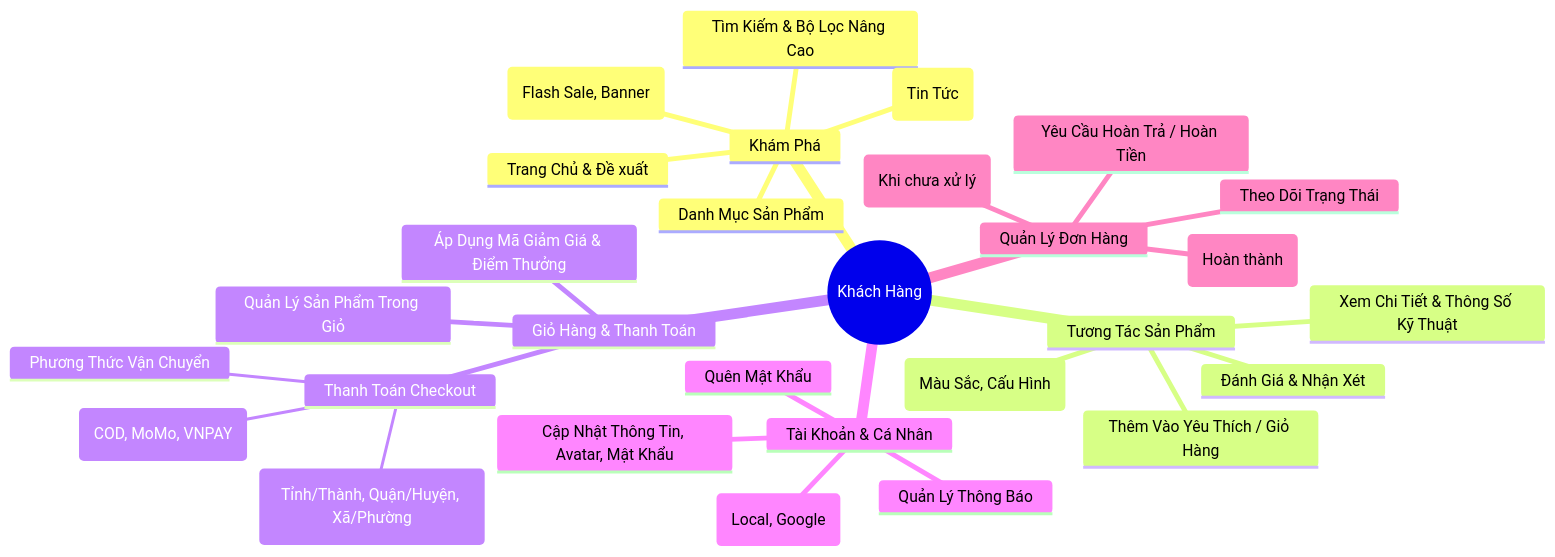
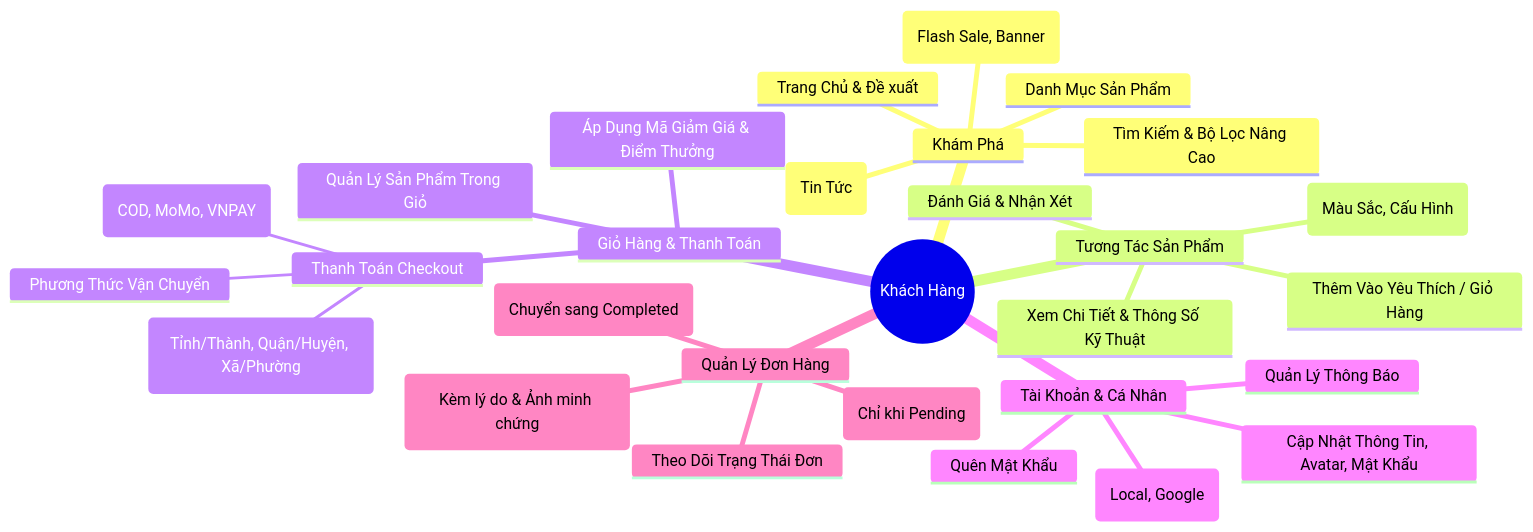
Before and after one commit to hoang07042005/E-Tech-Market: the first of 8 diagrams in USER_FLOWS.md, drawn with Mermaid. The commit also changed other lines of this file, not shown here.

````diff
--- a/USER_FLOWS.md
+++ b/USER_FLOWS.md
@@ -10,32 +10,32 @@
 ```mermaid
 mindmap
   root((Khách Hàng))
     Khám Phá
       Trang Chủ & Đề xuất
       Tìm Kiếm & Bộ Lọc Nâng Cao
       Danh Mục Sản Phẩm
       Chương Trình Khuyến Mãi (Flash Sale, Banner)
       Bài Viết Cập Nhật (Tin Tức)
     Tương Tác Sản Phẩm
       Xem Chi Tiết & Thông Số Kỹ Thuật
       Chọn Biến Thể (Màu Sắc, Cấu Hình)
       Đánh Giá & Nhận Xét
       Thêm Vào Yêu Thích / Giỏ Hàng
     Giỏ Hàng & Thanh Toán
       Quản Lý Sản Phẩm Trong Giỏ
       Áp Dụng Mã Giảm Giá & Điểm Thưởng
       Thanh Toán Checkout
         Chọn Địa Chỉ (Tỉnh/Thành, Quận/Huyện, Xã/Phường)
         Phương Thức Vận Chuyển
         Phương Thức Thanh Toán (COD, MoMo, VNPAY)
     Tài Khoản & Cá Nhân
       Đăng Nhập / Đăng Ký (Local, Google)
       Quên Mật Khẩu
       Cập Nhật Thông Tin, Avatar, Mật Khẩu
       Quản Lý Thông Báo
     Quản Lý Đơn Hàng
-      Theo Dõi Trạng Thái
-      Yêu Cầu Hủy Đơn (Khi chưa xử lý)
-      Xác Nhận Nhận Hàng (Hoàn thành)
-      Yêu Cầu Hoàn Trả / Hoàn Tiền
+      Theo Dõi Trạng Thái Đơn
+      Yêu Cầu Hủy Đơn (Chỉ khi Pending)
+      Xác Nhận Đã Nhận Hàng (Chuyển sang Completed)
+      Yêu Cầu Hoàn Trả (Kèm lý do & Ảnh minh chứng)
 ```
````
